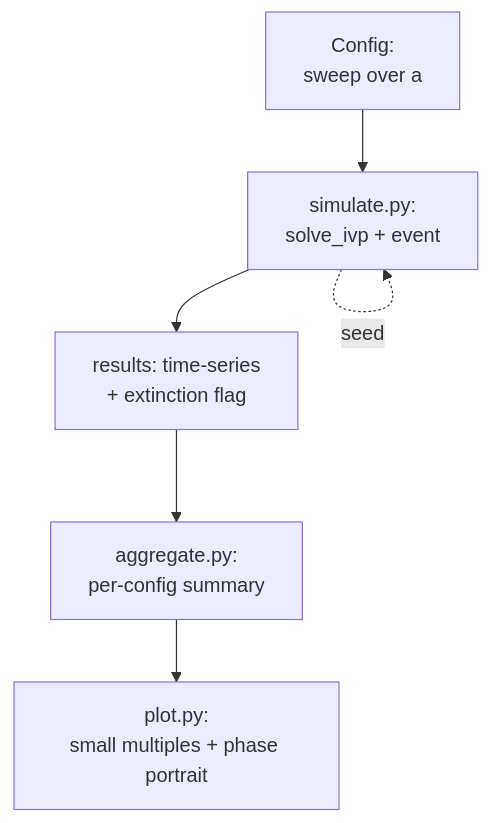
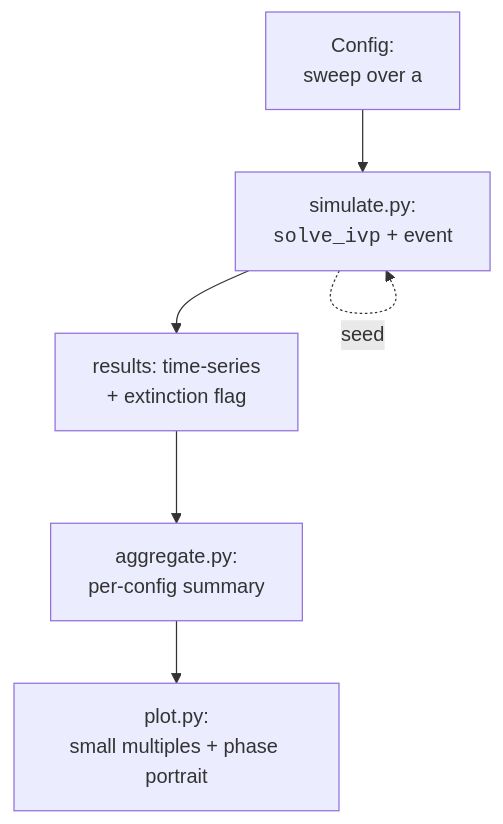
Before and after one commit to dataslope/dataslope: the diagram in content/learn/scientific-computing-python/capstone-simulation.mdx, drawn with Mermaid. The commit also changed 153 other files, not shown here.

First line of the commit message:
Render code-only mermaid shapes in monospace; convert step sequences to Steps

````diff
--- a/content/learn/scientific-computing-python/capstone-simulation.mdx
+++ b/content/learn/scientific-computing-python/capstone-simulation.mdx
@@ -40,8 +40,8 @@
 ```mermaid
 flowchart TD
-    Cfg[Config:<br/>sweep over a] --> Sim[simulate.py:<br/>solve_ivp + event]
+    Cfg[Config:<br/>sweep over a] --> Sim["simulate.py:<br/><code>solve_ivp</code> + event"]
     Sim --> Res[results: time-series<br/>+ extinction flag]
     Res --> Agg[aggregate.py:<br/>per-config summary]
     Agg --> Viz[plot.py:<br/>small multiples + phase portrait]
     Sim -. seed .-> Sim
 ```
````
